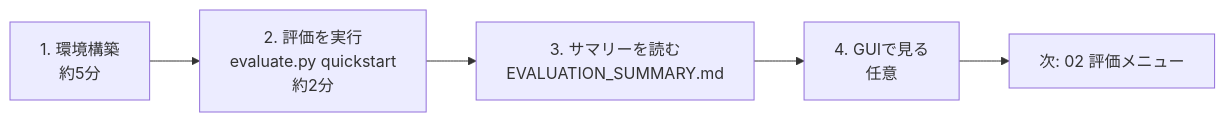
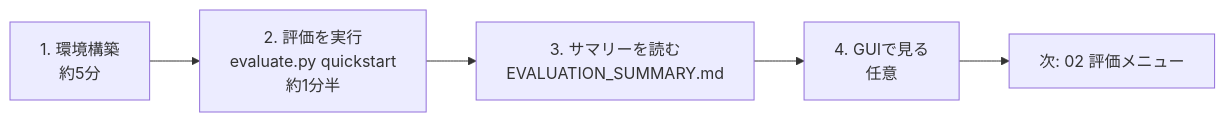
The diagram in docs/01_quickstart.md (buildko89/cybermatch-framework), drawn with Mermaid before and after one commit. The commit also changed other lines of this file and 9 other files, not shown here.

````diff
--- a/docs/01_quickstart.md
+++ b/docs/01_quickstart.md
@@ -6,7 +6,7 @@
 ```mermaid
 flowchart LR
-    A[1. 環境構築<br/>約5分] --> B[2. 評価を実行<br/>evaluate.py quickstart<br/>約2分]
+    A[1. 環境構築<br/>約5分] --> B[2. 評価を実行<br/>evaluate.py quickstart<br/>約1分半]
     B --> C[3. サマリーを読む<br/>EVALUATION_SUMMARY.md]
     C --> D[4. GUIで見る<br/>任意]
     D --> E[次: 02 評価メニュー]
 ```
````
